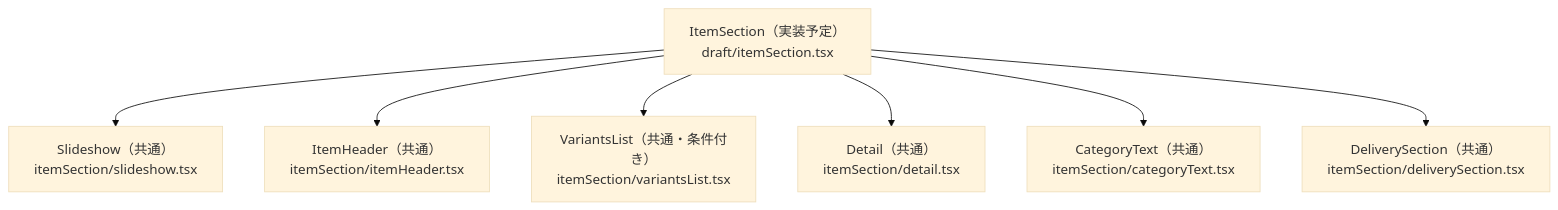
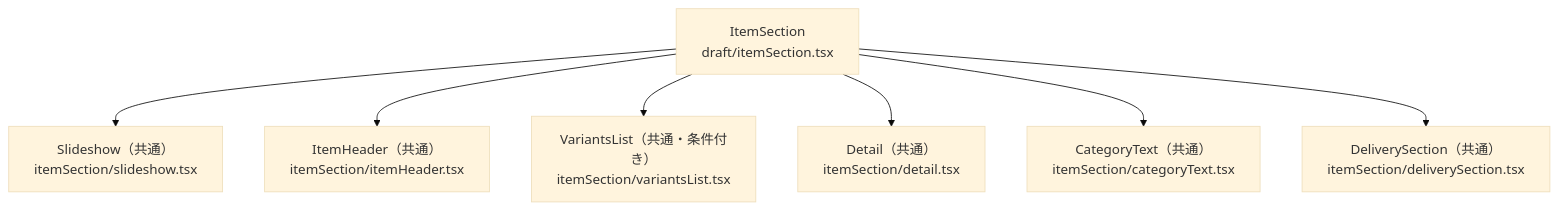
Before and after one commit to rednull-racing/web-project1: the third of 4 diagrams in client/src/app/item/draft/AGENTS.md, drawn with Mermaid (base theme). The commit also changed other lines of this file and 7 other files, not shown here.

````diff
--- a/client/src/app/item/draft/AGENTS.md
+++ b/client/src/app/item/draft/AGENTS.md
@@ -71,17 +75,17 @@
 ```mermaid
 flowchart TD
-    Item["ItemSection（実装予定）<br/>draft/itemSection.tsx"]
+    Item["ItemSection<br/>draft/itemSection.tsx"]
     Slide["Slideshow（共通）<br/>itemSection/slideshow.tsx"]
     Header["ItemHeader（共通）<br/>itemSection/itemHeader.tsx"]
     Variants["VariantsList（共通・条件付き）<br/>itemSection/variantsList.tsx"]
     Detail["Detail（共通）<br/>itemSection/detail.tsx"]
     Category["CategoryText（共通）<br/>itemSection/categoryText.tsx"]
     Delivery["DeliverySection（共通）<br/>itemSection/deliverySection.tsx"]
 
     Item --> Slide
     Item --> Header
     Item --> Variants
     Item --> Detail
     Item --> Category
     Item --> Delivery
 ```
````
